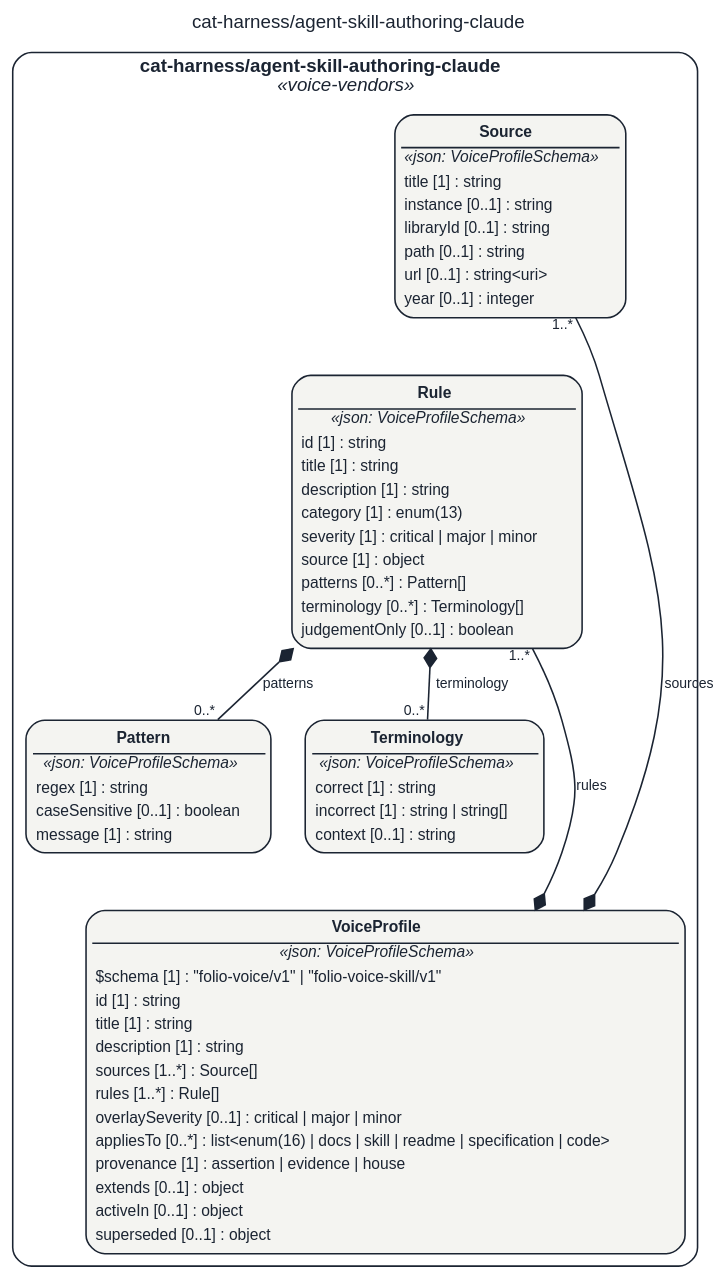
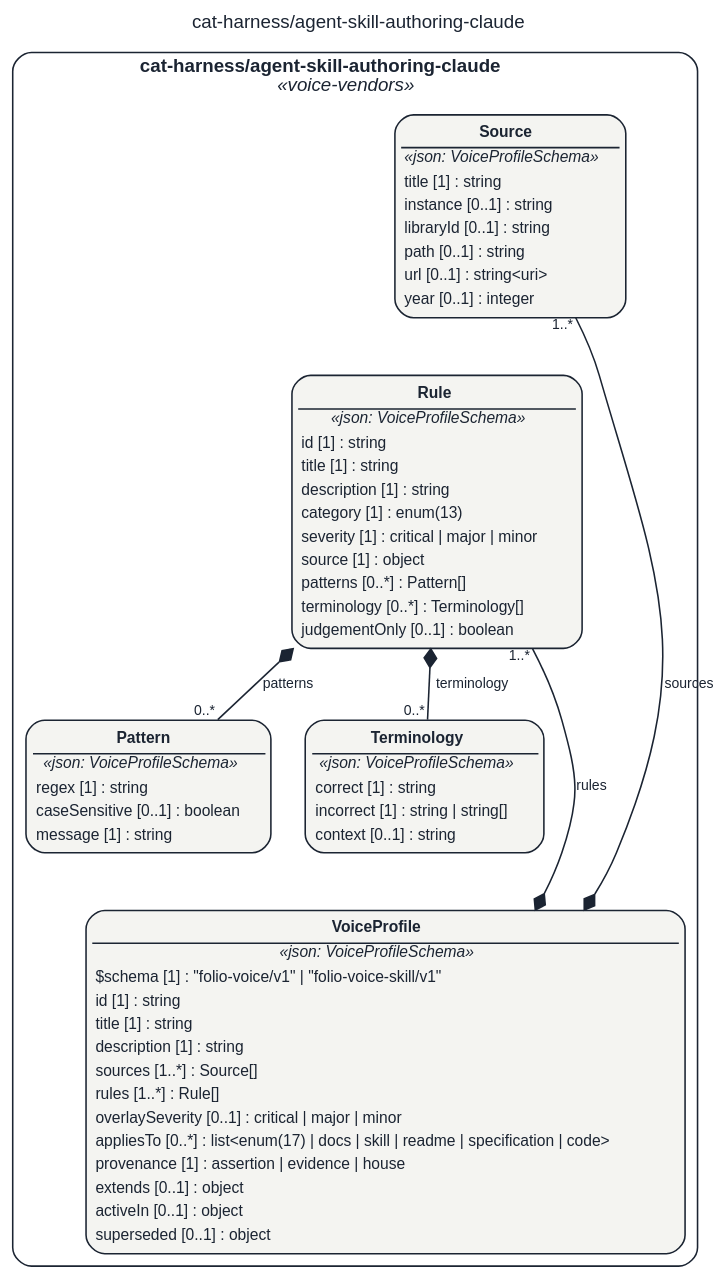
One commit to litlfred/cat-harness changed the diagram in docs/assets/img/uml/overview/cat-harness/agent-skill-authoring-claude.dot. Above: the diagram before and after it, drawn with Graphviz. The commit also changed 1163 other files, not shown here.

```diff
--- a/docs/assets/img/uml/overview/cat-harness/agent-skill-authoring-claude.dot
+++ b/docs/assets/img/uml/overview/cat-harness/agent-skill-authoring-claude.dot
@@ -1,21 +1,21 @@
 // GENERATED by cat-harness-tools/scripts/gen-uml-overview.ts — do not edit.
 // Rendered page (interactive view, same model): https://litlfred.github.io/folio-assistant/uml/overview/cat-harness/agent-skill-authoring-claude.html
 digraph "cat_harness_agent_skill_authoring_claude" {
   graph [label="cat-harness/agent-skill-authoring-claude", labelloc=t, fontname="Helvetica", fontsize=12, fontcolor="#1b2432", newrank=true, ratio=auto, nodesep=0.3, ranksep=0.5, bgcolor="transparent"];
   node [shape=box, style="rounded,filled", margin=0.05, fontname="Helvetica", fontsize=10, color="#1b2432", fontcolor="#1b2432"];
   edge [color="#1b2432", fontcolor="#1b2432", fontname="Helvetica", fontsize=9];
   subgraph "cluster_pkg_cat_harness_agent_skill_authoring_claude" {
     label=<<b>cat-harness/agent-skill-authoring-claude</b><br/><i>«voice-vendors»</i>>; style="rounded"; color="#1b2432"; class="fa_uml_subgraph";
     "cat_harness_agent_skill_authoring_claude_Source" [fillcolor="#f4f4f1", class="fa_uml_kind_voice_vendors", label=<<table border="0" cellborder="0" cellspacing="0" cellpadding="2"><tr><td border="1" sides="b"><b>Source</b></td></tr><tr><td><i>«json: VoiceProfileSchema»</i></td></tr><tr><td align="left">title [1] : string</td></tr><tr><td align="left">instance [0..1] : string</td></tr><tr><td align="left">libraryId [0..1] : string</td></tr><tr><td align="left">path [0..1] : string</td></tr><tr><td align="left">url [0..1] : string&lt;uri&gt;</td></tr><tr><td align="left">year [0..1] : integer</td></tr></table>>];
     "cat_harness_agent_skill_authoring_claude_Pattern" [fillcolor="#f4f4f1", class="fa_uml_kind_voice_vendors", label=<<table border="0" cellborder="0" cellspacing="0" cellpadding="2"><tr><td border="1" sides="b"><b>Pattern</b></td></tr><tr><td><i>«json: VoiceProfileSchema»</i></td></tr><tr><td align="left">regex [1] : string</td></tr><tr><td align="left">caseSensitive [0..1] : boolean</td></tr><tr><td align="left">message [1] : string</td></tr></table>>];
     "cat_harness_agent_skill_authoring_claude_Terminology" [fillcolor="#f4f4f1", class="fa_uml_kind_voice_vendors", label=<<table border="0" cellborder="0" cellspacing="0" cellpadding="2"><tr><td border="1" sides="b"><b>Terminology</b></td></tr><tr><td><i>«json: VoiceProfileSchema»</i></td></tr><tr><td align="left">correct [1] : string</td></tr><tr><td align="left">incorrect [1] : string | string[]</td></tr><tr><td align="left">context [0..1] : string</td></tr></table>>];
     "cat_harness_agent_skill_authoring_claude_Rule" [fillcolor="#f4f4f1", class="fa_uml_kind_voice_vendors", label=<<table border="0" cellborder="0" cellspacing="0" cellpadding="2"><tr><td border="1" sides="b"><b>Rule</b></td></tr><tr><td><i>«json: VoiceProfileSchema»</i></td></tr><tr><td align="left">id [1] : string</td></tr><tr><td align="left">title [1] : string</td></tr><tr><td align="left">description [1] : string</td></tr><tr><td align="left">category [1] : enum(13)</td></tr><tr><td align="left">severity [1] : critical | major | minor</td></tr><tr><td align="left">source [1] : object</td></tr><tr><td align="left">patterns [0..*] : Pattern[]</td></tr><tr><td align="left">terminology [0..*] : Terminology[]</td></tr><tr><td align="left">judgementOnly [0..1] : boolean</td></tr></table>>];
-    "cat_harness_agent_skill_authoring_claude_VoiceProfile" [fillcolor="#f4f4f1", class="fa_uml_kind_voice_vendors", label=<<table border="0" cellborder="0" cellspacing="0" cellpadding="2"><tr><td border="1" sides="b"><b>VoiceProfile</b></td></tr><tr><td><i>«json: VoiceProfileSchema»</i></td></tr><tr><td align="left">$schema [1] : &quot;folio-voice/v1&quot; | &quot;folio-voice-skill/v1&quot;</td></tr><tr><td align="left">id [1] : string</td></tr><tr><td align="left">title [1] : string</td></tr><tr><td align="left">description [1] : string</td></tr><tr><td align="left">sources [1..*] : Source[]</td></tr><tr><td align="left">rules [1..*] : Rule[]</td></tr><tr><td align="left">overlaySeverity [0..1] : critical | major | minor</td></tr><tr><td align="left">appliesTo [0..*] : list&lt;enum(16) | docs | skill | readme | specification | code&gt;</td></tr><tr><td align="left">provenance [1] : assertion | evidence | house</td></tr><tr><td align="left">extends [0..1] : object</td></tr><tr><td align="left">activeIn [0..1] : object</td></tr><tr><td align="left">superseded [0..1] : object</td></tr></table>>];
+    "cat_harness_agent_skill_authoring_claude_VoiceProfile" [fillcolor="#f4f4f1", class="fa_uml_kind_voice_vendors", label=<<table border="0" cellborder="0" cellspacing="0" cellpadding="2"><tr><td border="1" sides="b"><b>VoiceProfile</b></td></tr><tr><td><i>«json: VoiceProfileSchema»</i></td></tr><tr><td align="left">$schema [1] : &quot;folio-voice/v1&quot; | &quot;folio-voice-skill/v1&quot;</td></tr><tr><td align="left">id [1] : string</td></tr><tr><td align="left">title [1] : string</td></tr><tr><td align="left">description [1] : string</td></tr><tr><td align="left">sources [1..*] : Source[]</td></tr><tr><td align="left">rules [1..*] : Rule[]</td></tr><tr><td align="left">overlaySeverity [0..1] : critical | major | minor</td></tr><tr><td align="left">appliesTo [0..*] : list&lt;enum(17) | docs | skill | readme | specification | code&gt;</td></tr><tr><td align="left">provenance [1] : assertion | evidence | house</td></tr><tr><td align="left">extends [0..1] : object</td></tr><tr><td align="left">activeIn [0..1] : object</td></tr><tr><td align="left">superseded [0..1] : object</td></tr></table>>];
   }
   "cat_harness_agent_skill_authoring_claude_VoiceProfile" -> "cat_harness_agent_skill_authoring_claude_Source" [dir=both, arrowtail=diamond, arrowhead=none, label="sources", headlabel="1..*", class="fa_uml_composition"];
   "cat_harness_agent_skill_authoring_claude_Rule" -> "cat_harness_agent_skill_authoring_claude_Pattern" [dir=both, arrowtail=diamond, arrowhead=none, label="patterns", headlabel="0..*", class="fa_uml_composition"];
   "cat_harness_agent_skill_authoring_claude_Rule" -> "cat_harness_agent_skill_authoring_claude_Terminology" [dir=both, arrowtail=diamond, arrowhead=none, label="terminology", headlabel="0..*", class="fa_uml_composition"];
   "cat_harness_agent_skill_authoring_claude_VoiceProfile" -> "cat_harness_agent_skill_authoring_claude_Rule" [dir=both, arrowtail=diamond, arrowhead=none, label="rules", headlabel="1..*", class="fa_uml_composition"];
   "cat_harness_agent_skill_authoring_claude_Source" -> "cat_harness_agent_skill_authoring_claude_Rule" [style=invis, class="kg-graph-anchor"];
   "cat_harness_agent_skill_authoring_claude_Pattern" -> "cat_harness_agent_skill_authoring_claude_VoiceProfile" [style=invis, class="kg-graph-anchor"];
 }
```
